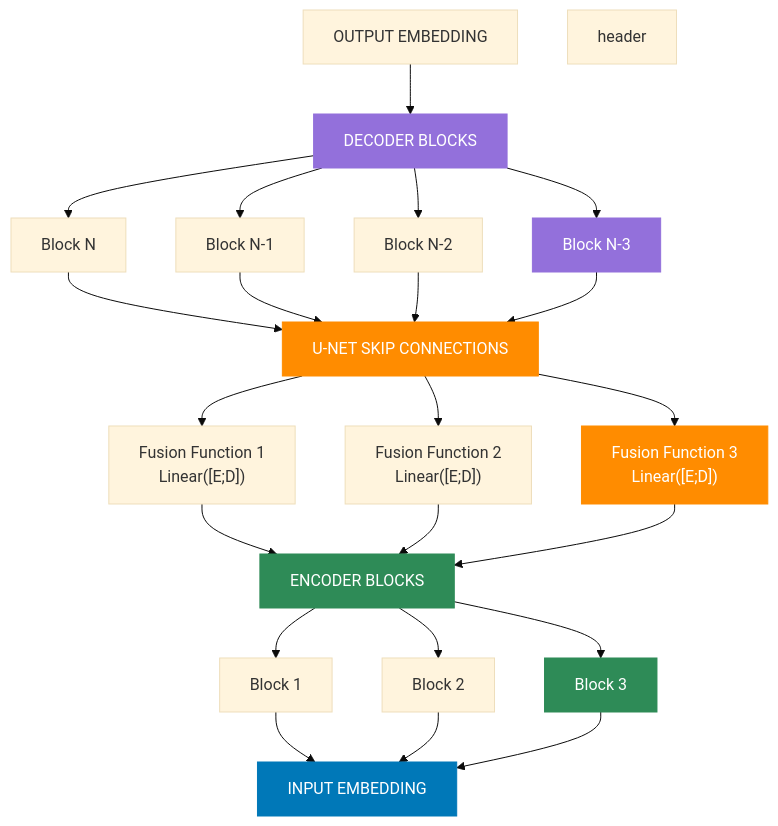
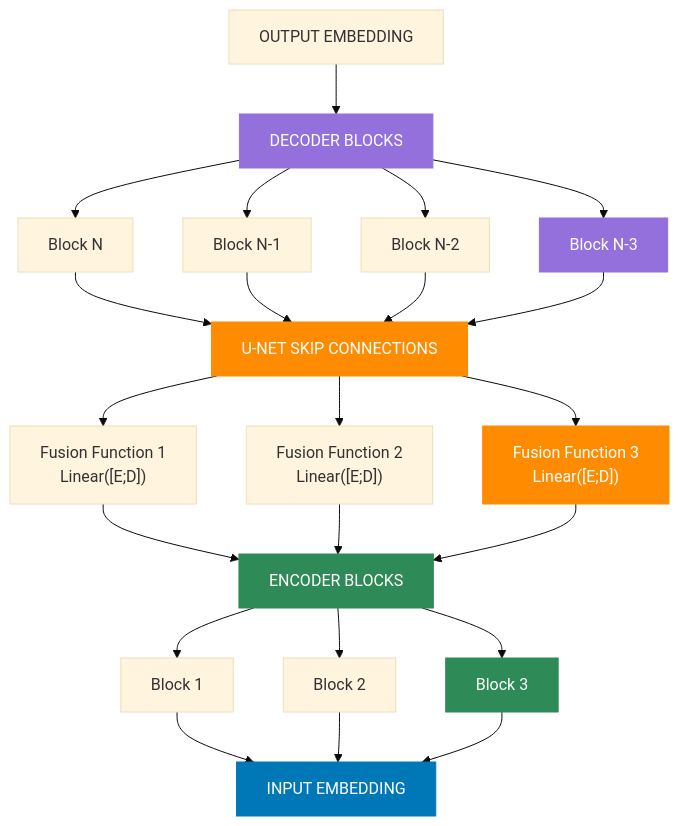
One commit to CambrianTech/sentinel-ai changed the fourth of 6 diagrams in README.md. Above: the diagram before and after it, drawn with Mermaid (base theme). The commit also changed other lines of this file, not shown here.

Commit message:
remove headers from chart

````diff
--- a/README.md
+++ b/README.md
@@ -203,59 +199,58 @@
 ```mermaid
 flowchart TD
     classDef standard fill:#333,stroke:#333,stroke-width:1px,color:#fff
     classDef embedding fill:#0078b8,stroke:#0078b8,stroke-width:1px,color:#fff
     classDef decoder fill:#9370db,stroke:#9370db,stroke-width:1px,color:#fff
     classDef skip fill:#ff8c00,stroke:#ff8c00,stroke-width:1px,color:#fff
     classDef encoder fill:#2e8b57,stroke:#2e8b57,stroke-width:1px,color:#fff
     
     %% Main Components
     outputEmbed["OUTPUT EMBEDDING"]
     decoderBlocks["DECODER BLOCKS"]
     skipConnections["U-NET SKIP CONNECTIONS"]
     encoderBlocks["ENCODER BLOCKS"]
     inputEmbed["INPUT EMBEDDING"]
     
     %% Decoder Components
     blockN["Block N"]
     blockN1["Block N-1"]
     blockN2["Block N-2"]
     blockN3["Block N-3"]
     
     %% Skip Components
     fusion1["Fusion Function 1<br/>Linear([E;D])"]
     fusion2["Fusion Function 2<br/>Linear([E;D])"]
     fusion3["Fusion Function 3<br/>Linear([E;D])"]
     
     %% Encoder Components
     block1["Block 1"]
     block2["Block 2"]
     block3["Block 3"]
     
     %% Connections
         outputEmbed --> decoderBlocks
     
     decoderBlocks --> blockN & blockN1 & blockN2 & blockN3
     
     blockN & blockN1 & blockN2 & blockN3 --> skipConnections
     
     skipConnections --> fusion1 & fusion2 & fusion3
     
     fusion1 & fusion2 & fusion3 --> encoderBlocks
     
     encoderBlocks --> block1 & block2 & block3
     
     block1 & block2 & block3 --> inputEmbed
     
     %% Styling
-    header:::header
     outputEmbed & inputEmbed:::embedding
     decoderBlocks:::decoder
     skipConnections:::skip
     encoderBlocks:::encoder
     
     blockN & blockN1 & blockN2 & blockN3:::decoder
     
     fusion1 & fusion2 & fusion3:::skip
     
     block1 & block2 & block3:::encoder
 ```
````
